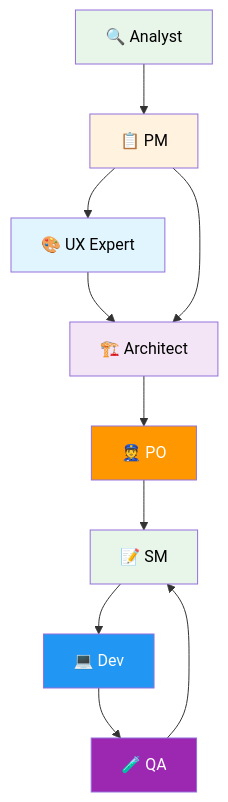
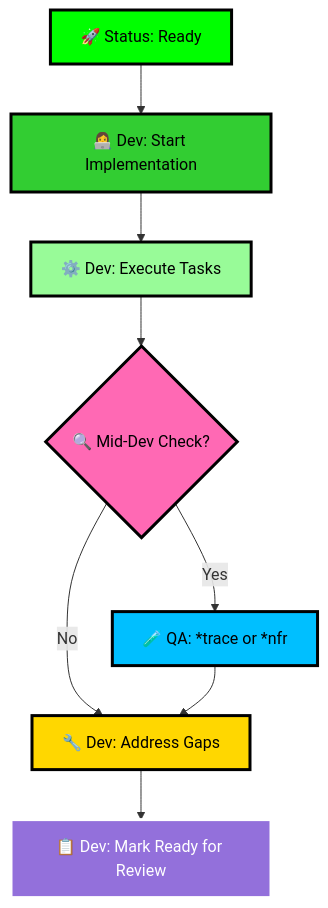
The third of 12 diagrams in BMAD-method/BMAD-method - a visual guide.md (garkpit/RT-Vault), drawn with Mermaid before and after one commit. The commit also changed other lines of this file and 7 other files, not shown here.

````diff
--- a/BMAD-method/BMAD-method - a visual guide.md
+++ b/BMAD-method/BMAD-method - a visual guide.md
@@ -160,21 +134,18 @@
 ```mermaid
 graph TD
-    A["🔍 Analyst"] --> B["📋 PM"]
-    B --> C["🎨 UX Expert"]
-    C --> D["🏗️ Architect"]
-    B --> D
-    D --> E["👮 PO"]
-    E --> F["📝 SM"]
-    F --> G["💻 Dev"]
-    G --> H["🧪 QA"]
-    H --> F
+    C1["🚀 Status: Ready"] --> C2["👩‍💻 Dev: Start Implementation"]
+    C2 --> C3["⚙️ Dev: Execute Tasks"]
+    C3 --> C4{"🔍 Mid-Dev Check?"}
+    C4 -->|Yes| C5["🧪 QA: *trace or *nfr"]
+    C4 -->|No| C6["🔧 Dev: Address Gaps"]
+    C5 --> C6
+    C6 --> C7["📋 Dev: Mark Ready for Review"]
     
-    style A fill:#e8f5e9,color:#000
-    style B fill:#fff3e0,color:#000
-    style C fill:#e1f5fe,color:#000
-    style D fill:#f3e5f5,color:#000
-    style E fill:#ff9800,color:#fff
-    style F fill:#e8f5e9,color:#000
-    style G fill:#2196f3,color:#fff
-    style H fill:#9c27b0,color:#fff
+    style C1 fill:#00FF00,color:#000000,stroke:#000000,stroke-width:3px
+    style C2 fill:#32CD32,color:#000000,stroke:#000000,stroke-width:3px
+    style C3 fill:#98FB98,color:#000000,stroke:#000000,stroke-width:3px
+    style C4 fill:#FF69B4,color:#000000,stroke:#000000,stroke-width:3px
+    style C5 fill:#00BFFF,color:#000000,stroke:#000000,stroke-width:3px
+    style C6 fill:#FFD700,color:#000000,stroke:#000000,stroke-width:3px
+    style C7 fill:#9370DB,color:#FFFFFF,stroke:#FFFFFF,stroke-width:3px
 ```
````
